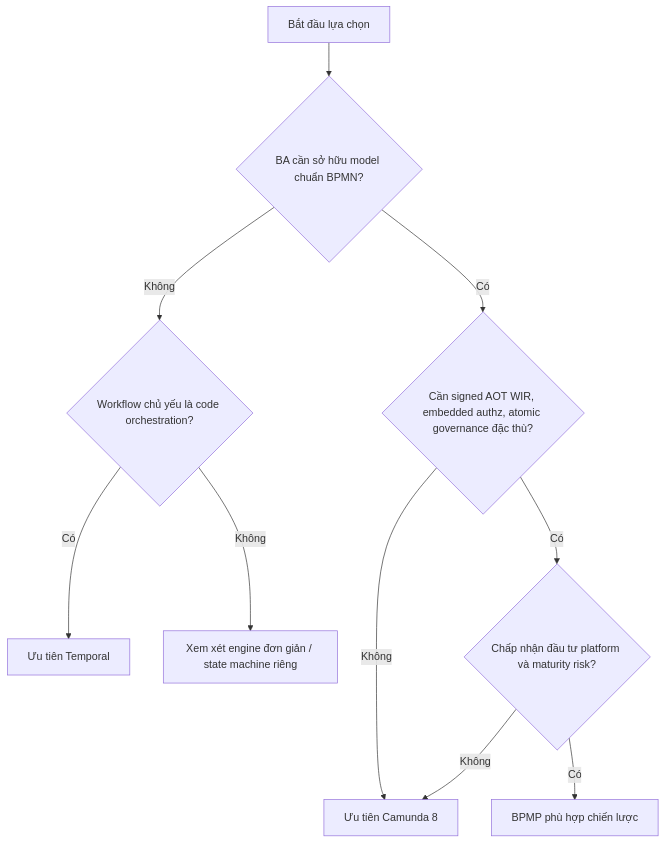
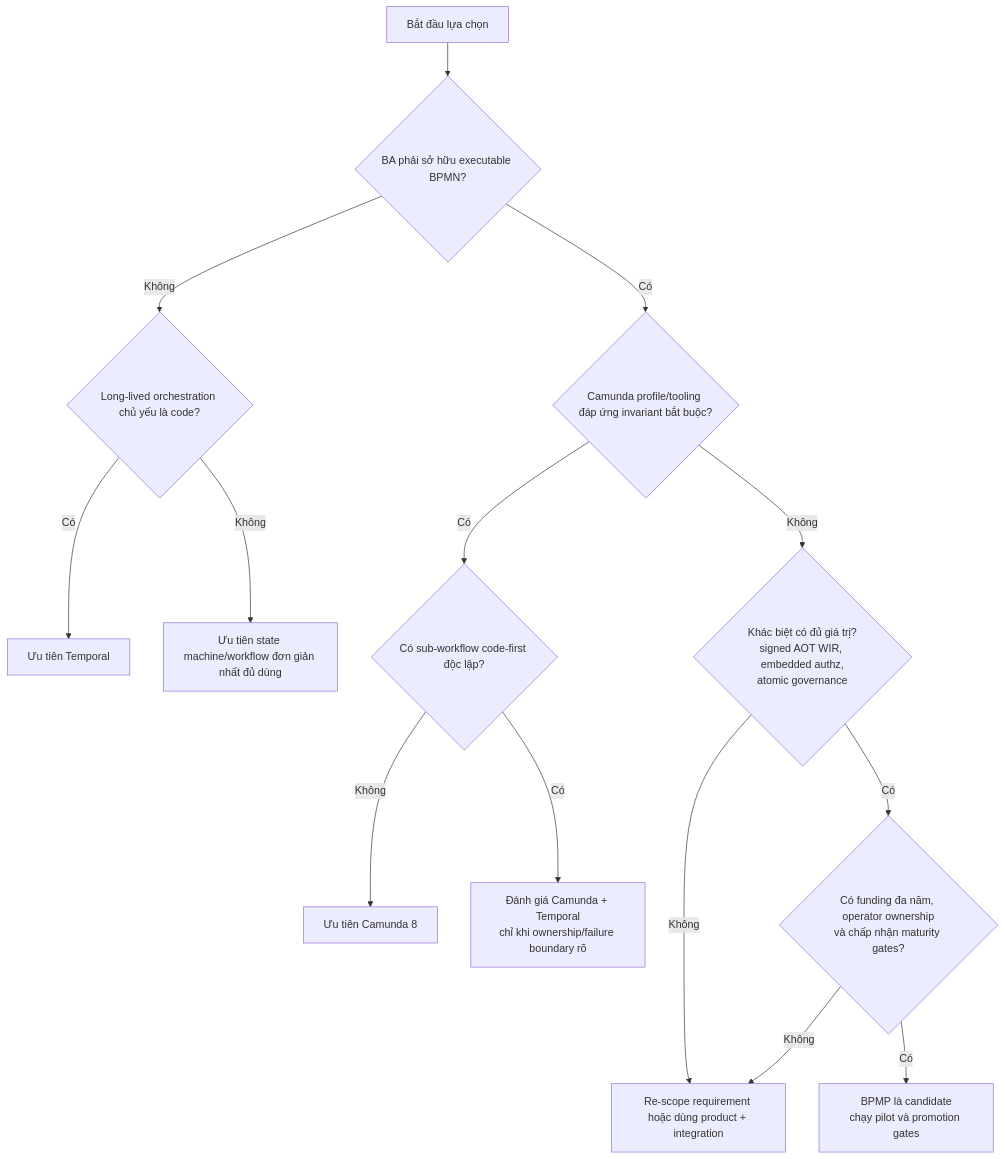
Before and after one commit to dangthobach/dangthobach.github.io: diagram 11 of 12 in quartz/content/BPMP-Platform/BPMP-Architecture-Technology-Deep-Dive.md, drawn with Mermaid. The commit also changed other lines of this file and 1 other file, not shown here.

Commit message:
update diagram

````diff
--- a/quartz/content/BPMP-Platform/BPMP-Architecture-Technology-Deep-Dive.md
+++ b/quartz/content/BPMP-Platform/BPMP-Architecture-Technology-Deep-Dive.md
@@ -480,12 +489,16 @@
 ```mermaid
 flowchart TD
-    START["Bắt đầu lựa chọn"] --> BA{"BA cần sở hữu model chuẩn BPMN?"}
-    BA -->|"Không"| CODE{"Workflow chủ yếu là code orchestration?"}
+    START["Bắt đầu lựa chọn"] --> BA{"BA phải sở hữu executable BPMN?"}
+    BA -->|"Không"| CODE{"Long-lived orchestration chủ yếu là code?"}
     CODE -->|"Có"| TEMP["Ưu tiên Temporal"]
-    CODE -->|"Không"| REVIEW["Xem xét engine đơn giản / state machine riêng"]
-    BA -->|"Có"| CUSTOM{"Cần signed AOT WIR, embedded authz, atomic governance đặc thù?"}
-    CUSTOM -->|"Không"| CAM["Ưu tiên Camunda 8"]
-    CUSTOM -->|"Có"| RISK{"Chấp nhận đầu tư platform và maturity risk?"}
-    RISK -->|"Có"| BPMP["BPMP phù hợp chiến lược"]
-    RISK -->|"Không"| CAM
+    CODE -->|"Không"| REVIEW["Ưu tiên state machine/workflow đơn giản nhất đủ dùng"]
+    BA -->|"Có"| FIT{"Camunda profile/tooling đáp ứng invariant bắt buộc?"}
+    FIT -->|"Có"| MIX{"Có sub-workflow code-first độc lập?"}
+    MIX -->|"Không"| CAM["Ưu tiên Camunda 8"]
+    MIX -->|"Có"| HYBRID["Đánh giá Camunda + Temporal\nchỉ khi ownership/failure boundary rõ"]
+    FIT -->|"Không"| CUSTOM{"Khác biệt có đủ giá trị?\nsigned AOT WIR, embedded authz,\natomic governance"}
+    CUSTOM -->|"Không"| RESCOPE["Re-scope requirement hoặc dùng product + integration"]
+    CUSTOM -->|"Có"| RISK{"Có funding đa năm, operator ownership\nvà chấp nhận maturity gates?"}
+    RISK -->|"Có"| BPMP["BPMP là candidate\nchạy pilot và promotion gates"]
+    RISK -->|"Không"| RESCOPE
 ```
````
